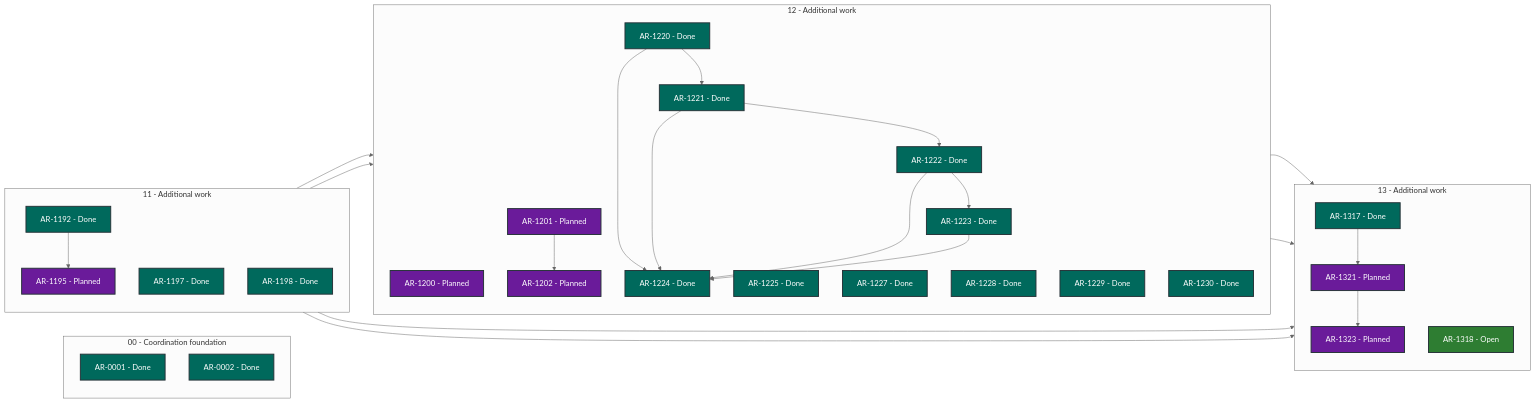
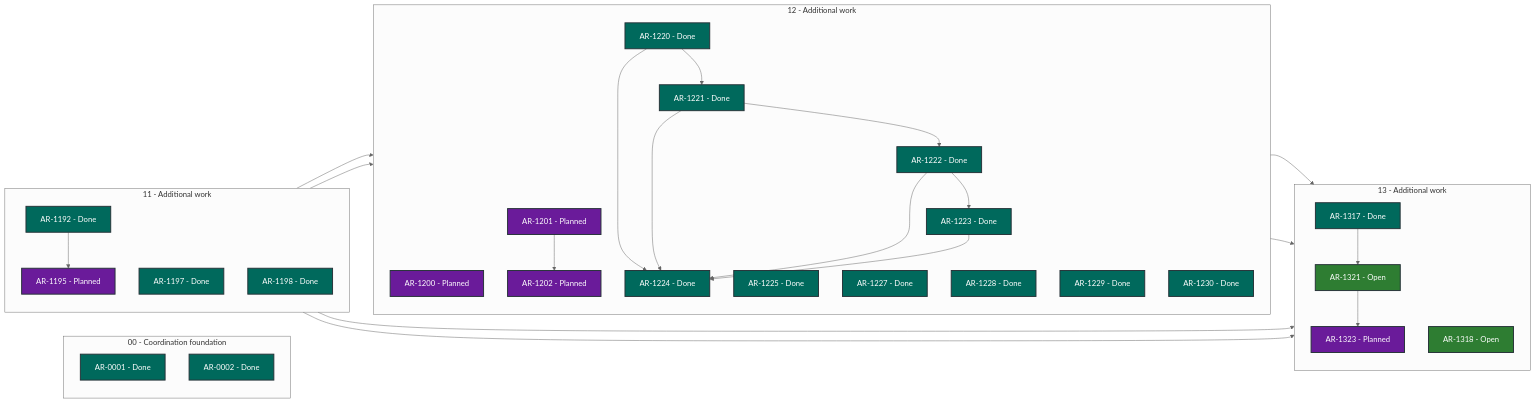
Before and after one commit to martin-beck/asb-tui-state: the diagram in STATUS.md, drawn with Mermaid (neutral theme). The commit also changed other lines of this file and 2 other files, not shown here.

````diff
--- a/STATUS.md
+++ b/STATUS.md
@@ -27,63 +27,63 @@
 ```mermaid
 flowchart LR
     subgraph series_00["00 - Coordination foundation"]
         direction TB
         AR_0001["AR-0001 - Done"]:::status_done
         AR_0002["AR-0002 - Done"]:::status_done
     end
     subgraph series_11["11 - Additional work"]
         direction TB
         AR_1192["AR-1192 - Done"]:::status_done
         AR_1195["AR-1195 - Planned"]:::status_planned
         AR_1197["AR-1197 - Done"]:::status_done
         AR_1198["AR-1198 - Done"]:::status_done
     end
     subgraph series_12["12 - Additional work"]
         direction TB
         AR_1200["AR-1200 - Planned"]:::status_planned
         AR_1201["AR-1201 - Planned"]:::status_planned
         AR_1202["AR-1202 - Planned"]:::status_planned
         AR_1220["AR-1220 - Done"]:::status_done
         AR_1221["AR-1221 - Done"]:::status_done
         AR_1222["AR-1222 - Done"]:::status_done
         AR_1223["AR-1223 - Done"]:::status_done
         AR_1224["AR-1224 - Done"]:::status_done
         AR_1225["AR-1225 - Done"]:::status_done
         AR_1227["AR-1227 - Done"]:::status_done
         AR_1228["AR-1228 - Done"]:::status_done
         AR_1229["AR-1229 - Done"]:::status_done
         AR_1230["AR-1230 - Done"]:::status_done
     end
     subgraph series_13["13 - Additional work"]
         direction TB
         AR_1317["AR-1317 - Done"]:::status_done
         AR_1318["AR-1318 - Open"]:::status_open
-        AR_1321["AR-1321 - Planned"]:::status_planned
+        AR_1321["AR-1321 - Open"]:::status_open
         AR_1323["AR-1323 - Planned"]:::status_planned
     end
     AR_1192 --> AR_1195
     AR_1192 --> AR_1317
     AR_1195 --> AR_1200
     AR_1197 --> AR_1201
     AR_1197 --> AR_1317
     AR_1201 --> AR_1202
     AR_1220 --> AR_1221
     AR_1220 --> AR_1224
     AR_1221 --> AR_1222
     AR_1221 --> AR_1224
     AR_1222 --> AR_1223
     AR_1222 --> AR_1224
     AR_1223 --> AR_1224
     AR_1228 --> AR_1317
     AR_1229 --> AR_1317
     AR_1317 --> AR_1321
     AR_1321 --> AR_1323
     classDef status_in_progress fill:#1565c0,color:#ffffff,stroke:#263238,stroke-width:2px
     classDef status_open fill:#2e7d32,color:#ffffff,stroke:#263238,stroke-width:2px
     classDef status_blocked fill:#c62828,color:#ffffff,stroke:#263238,stroke-width:2px
     classDef status_planned fill:#6a1b9a,color:#ffffff,stroke:#263238,stroke-width:2px
     classDef status_future fill:#455a64,color:#ffffff,stroke:#263238,stroke-width:2px
     classDef status_done fill:#00695c,color:#ffffff,stroke:#263238,stroke-width:2px
     classDef status_cancelled fill:#616161,color:#ffffff,stroke:#263238,stroke-width:2px
     classDef status_superseded fill:#5d4037,color:#ffffff,stroke:#263238,stroke-width:2px
 ```
````
